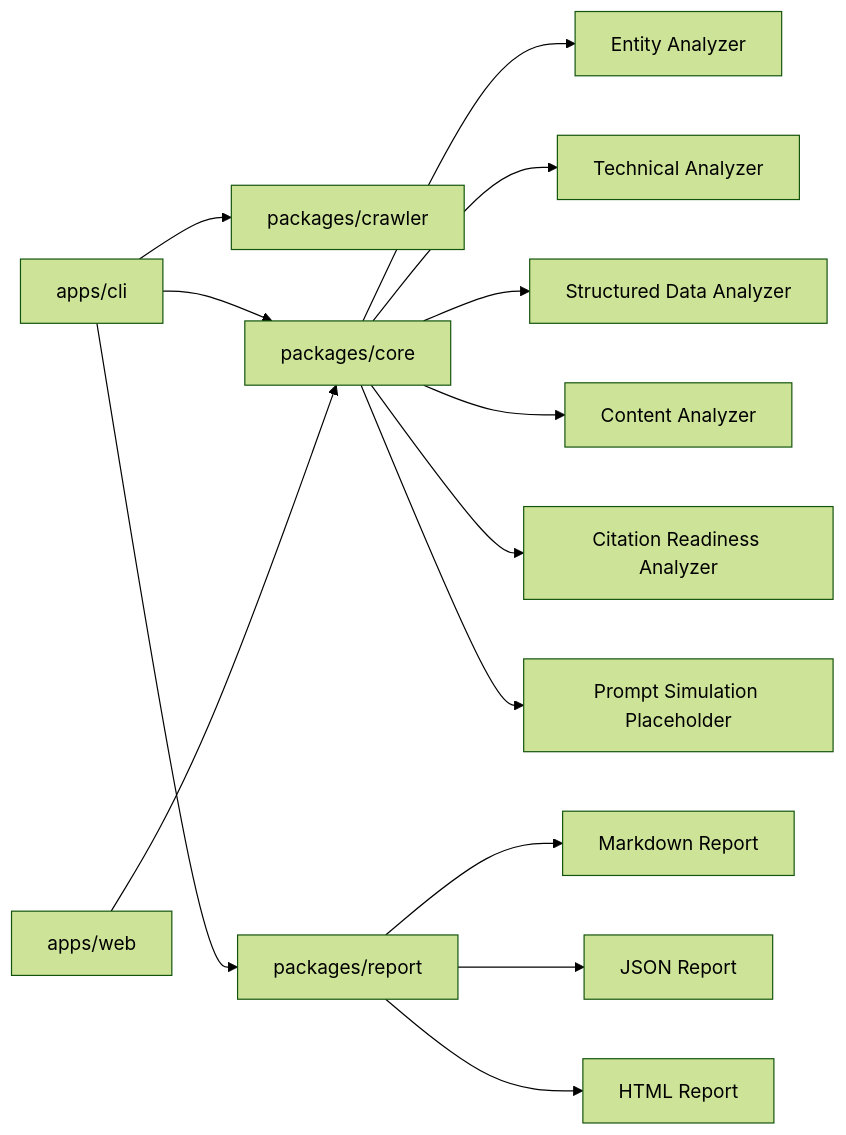
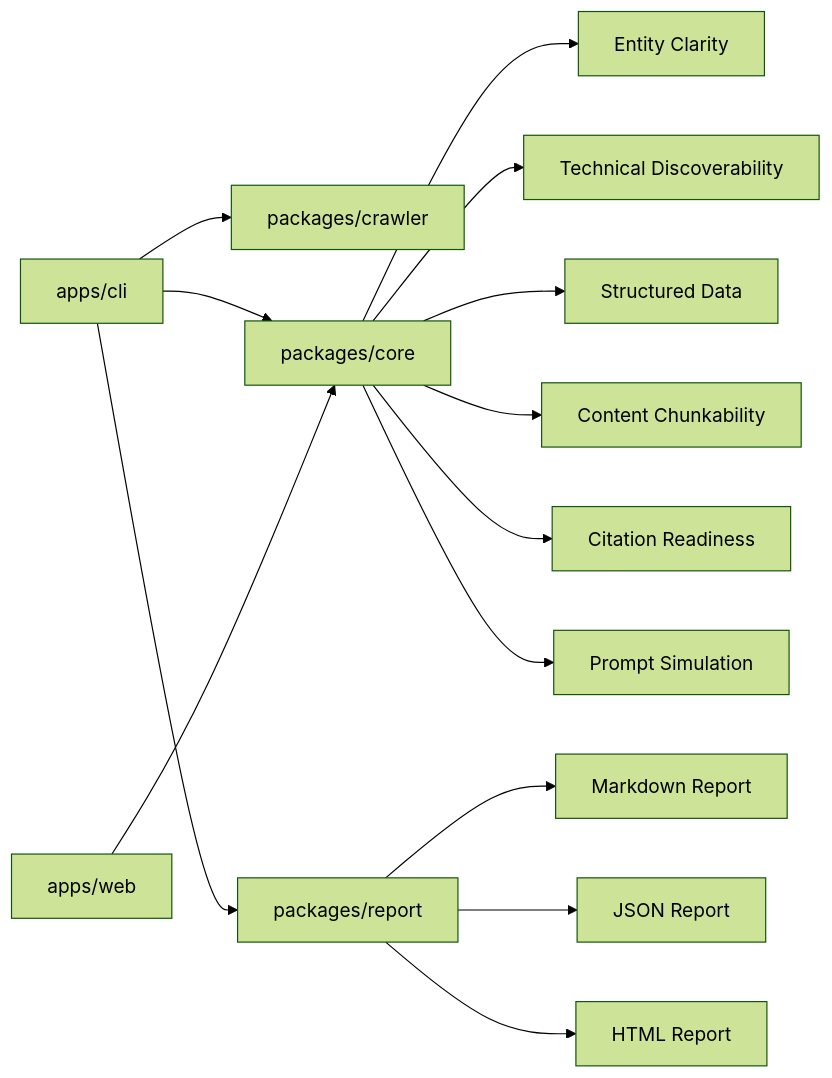
Before and after one commit to simonsaysss-blip/openvisi: the diagram in README.md, drawn with Mermaid (forest theme). The commit also changed other lines of this file, not shown here.

````diff
--- a/README.md
+++ b/README.md
@@ -99,16 +123,16 @@
 ```mermaid
 flowchart LR
   CLI["apps/cli"] --> Crawler["packages/crawler"]
   CLI --> Core["packages/core"]
   CLI --> Report["packages/report"]
-  Core --> Entity["Entity Analyzer"]
-  Core --> Technical["Technical Analyzer"]
-  Core --> Schema["Structured Data Analyzer"]
-  Core --> Content["Content Analyzer"]
-  Core --> Citation["Citation Readiness Analyzer"]
-  Core --> Prompt["Prompt Simulation Placeholder"]
+  Core --> Entity["Entity Clarity"]
+  Core --> Technical["Technical Discoverability"]
+  Core --> Schema["Structured Data"]
+  Core --> Content["Content Chunkability"]
+  Core --> Citation["Citation Readiness"]
+  Core --> Prompt["Prompt Simulation"]
   Report --> Markdown["Markdown Report"]
   Report --> JSON["JSON Report"]
   Report --> HTML["HTML Report"]
   Web["apps/web"] --> Core
 ```
````
